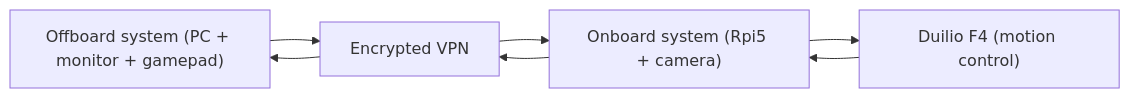
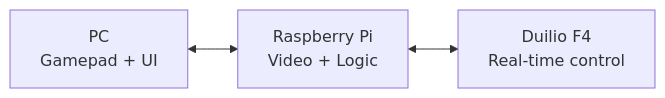
Before and after one commit to Giuliodori/DUILIO-FPV: the diagram in README.md, drawn with Mermaid. The commit also changed other lines of this file, not shown here.

First line of the commit message:
Revise README for clarity and updated architecture

````diff
--- a/README.md
+++ b/README.md
@@ -47,13 +47,9 @@
 ```mermaid
 flowchart LR
-    A["Offboard system (PC + monitor + gamepad)"]
-    B["Encrypted VPN"]
-    C["Onboard system (Rpi5 + camera)"]
-    D["Duilio F4 (motion control)"]
-    A --> B
-    B --> A
-    B --> C
-    C --> B
-    D --> C
-    C --> D
+    A["PC<br/>Gamepad + UI"]
+    B["Raspberry Pi<br/>Video + Logic"]
+    C["Duilio F4<br/>Real-time control"]
+
+    A <--> B
+    B <--> C
 ```
````
